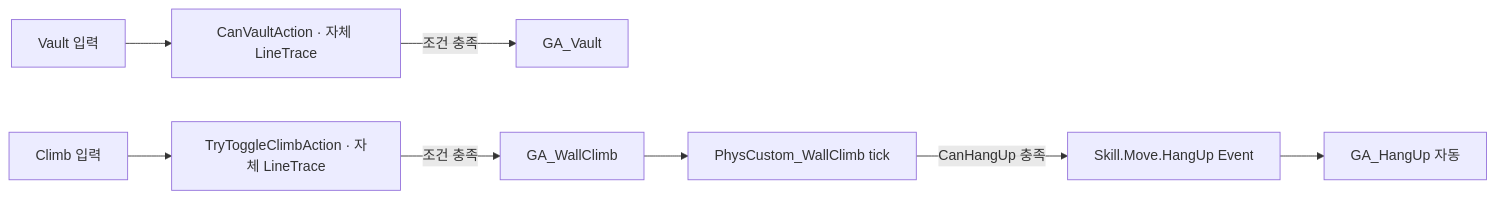
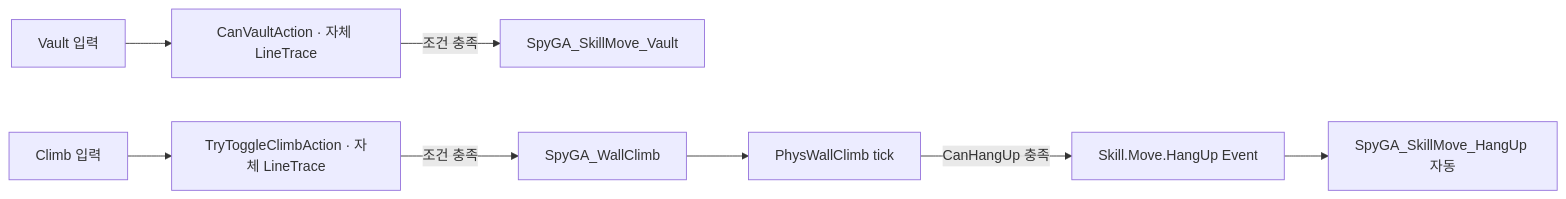
The third of 5 diagrams in README.md (chvj7567/UnrealSkillProject), drawn with Mermaid before and after one commit. The commit also changed other lines of this file, not shown here.

````diff
--- a/README.md
+++ b/README.md
@@ -234,10 +235,10 @@
 ```mermaid
 flowchart LR
     VInput[Vault 입력] --> VCan[CanVaultAction · 자체 LineTrace]
-    VCan -->|조건 충족| Vault[GA_Vault]
+    VCan -->|조건 충족| Vault[SpyGA_SkillMove_Vault]
     CInput[Climb 입력] --> CCan[TryToggleClimbAction · 자체 LineTrace]
-    CCan -->|조건 충족| Climb[GA_WallClimb]
-    Climb --> Phys[PhysCustom_WallClimb tick]
+    CCan -->|조건 충족| Climb[SpyGA_WallClimb]
+    Climb --> Phys[PhysWallClimb tick]
     Phys -->|CanHangUp 충족| Event[Skill.Move.HangUp Event]
-    Event --> Hang[GA_HangUp 자동]
+    Event --> Hang[SpyGA_SkillMove_HangUp 자동]
 ```
````
